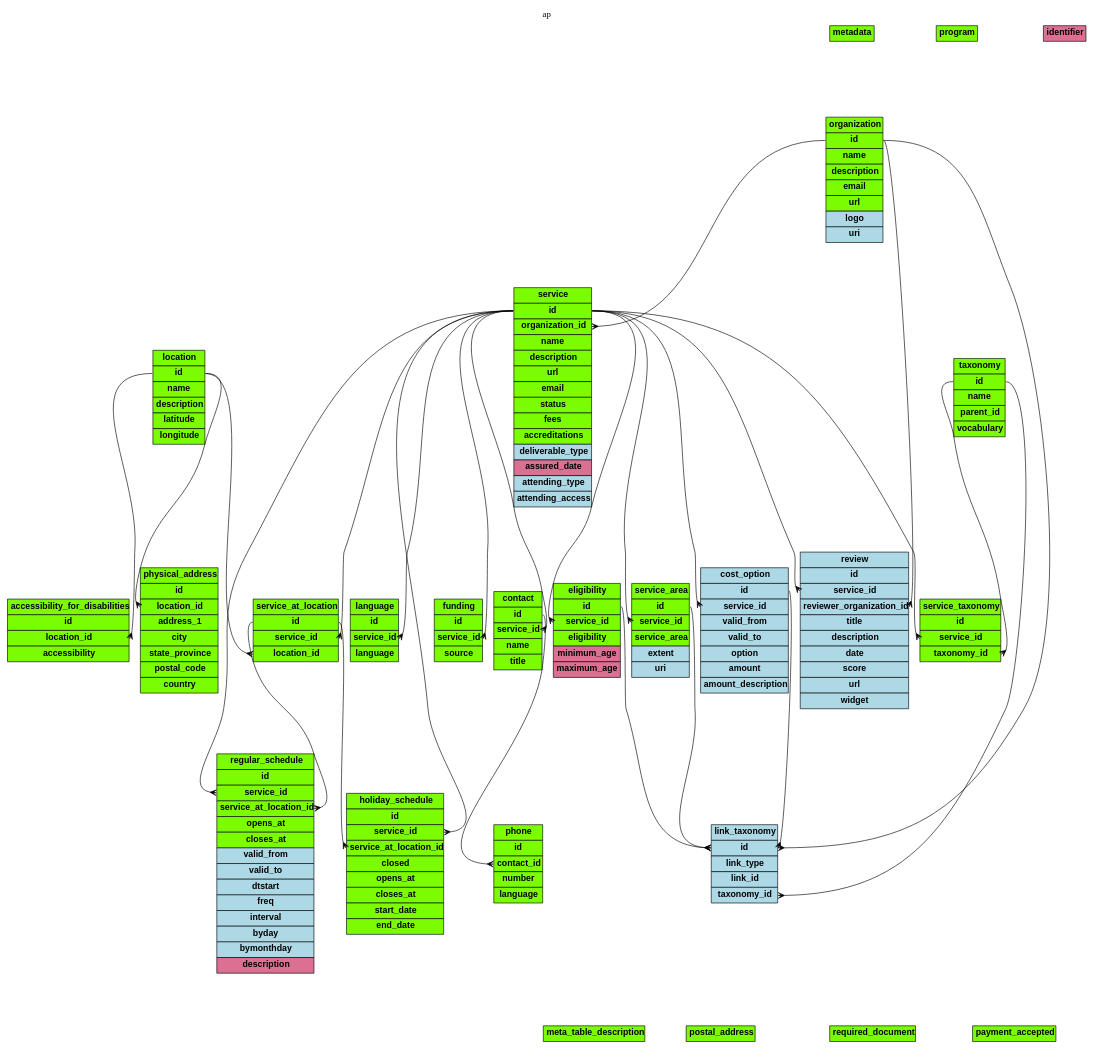
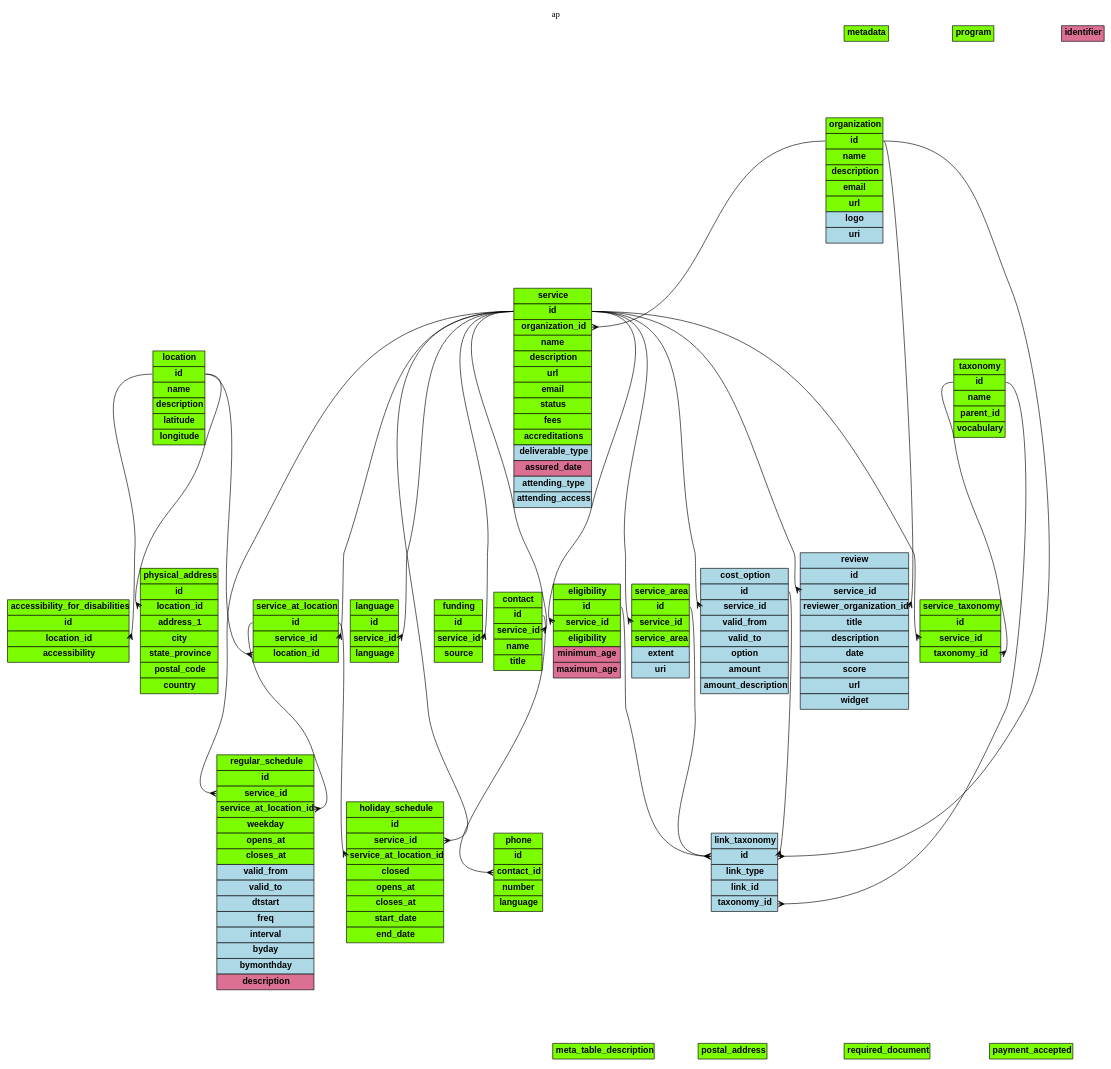
The diagram in Schemas/ap.gv (OpenReferralUK/human-services), drawn with Graphviz before and after one commit. The commit also changed 27 other files, not shown here.

Commit message:
Updated schemas from data package

```diff
--- a/Schemas/ap.gv
+++ b/Schemas/ap.gv
@@ -159,6 +159,7 @@
 <tr><td port='id'  bgcolor="lawngreen"><b>id</b></td></tr>
 <tr><td port='service_id'  bgcolor="lawngreen"><b>service_id</b></td></tr>
 <tr><td port='service_at_location_id'  bgcolor="lawngreen"><b>service_at_location_id</b></td></tr>
+<tr><td  bgcolor="lawngreen"><b>weekday</b></td></tr>
 <tr><td  bgcolor="lawngreen"><b>opens_at</b></td></tr>
 <tr><td  bgcolor="lawngreen"><b>closes_at</b></td></tr>
 <tr><td  bgcolor="lightblue"><b>valid_from</b></td></tr>
```
